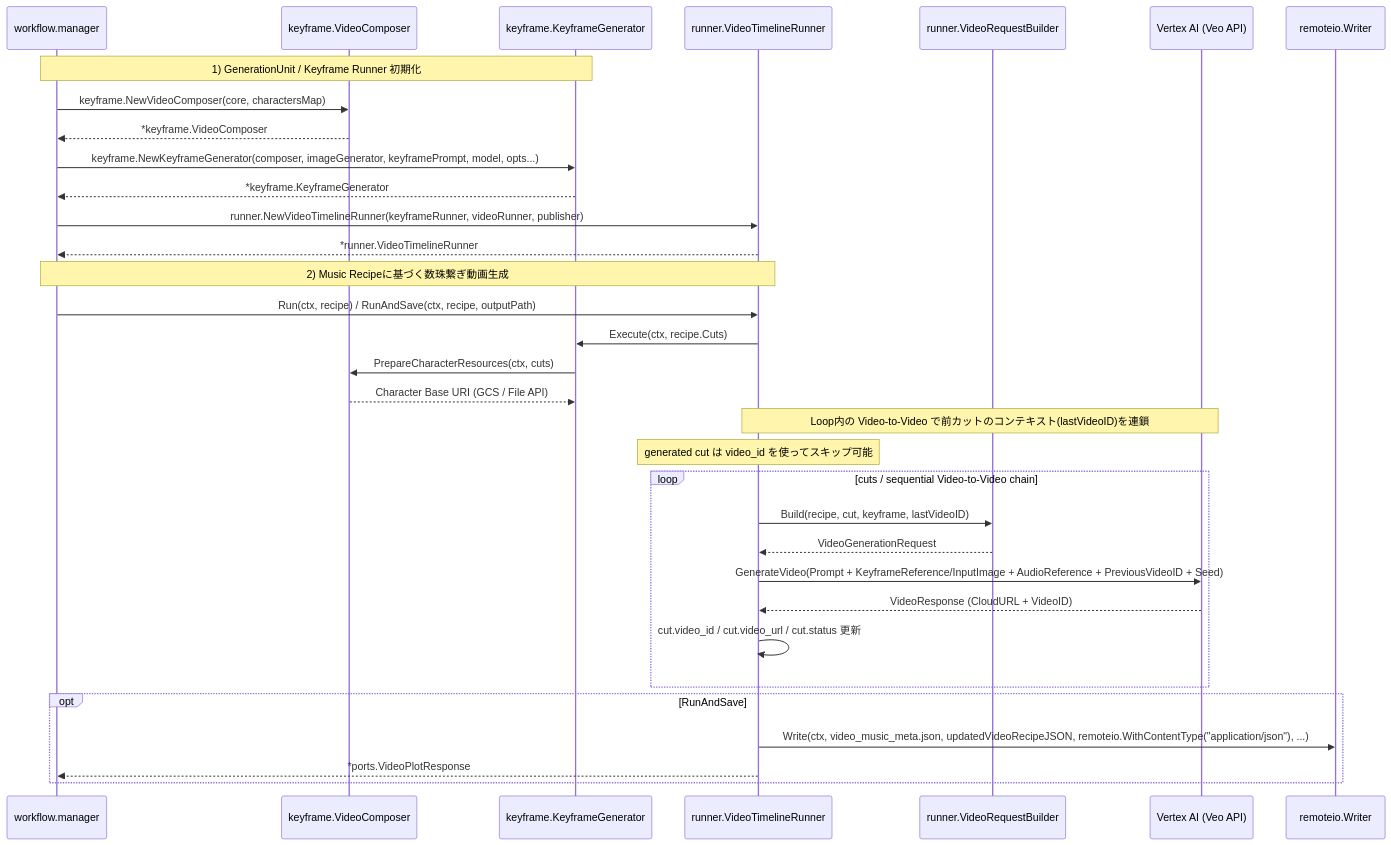
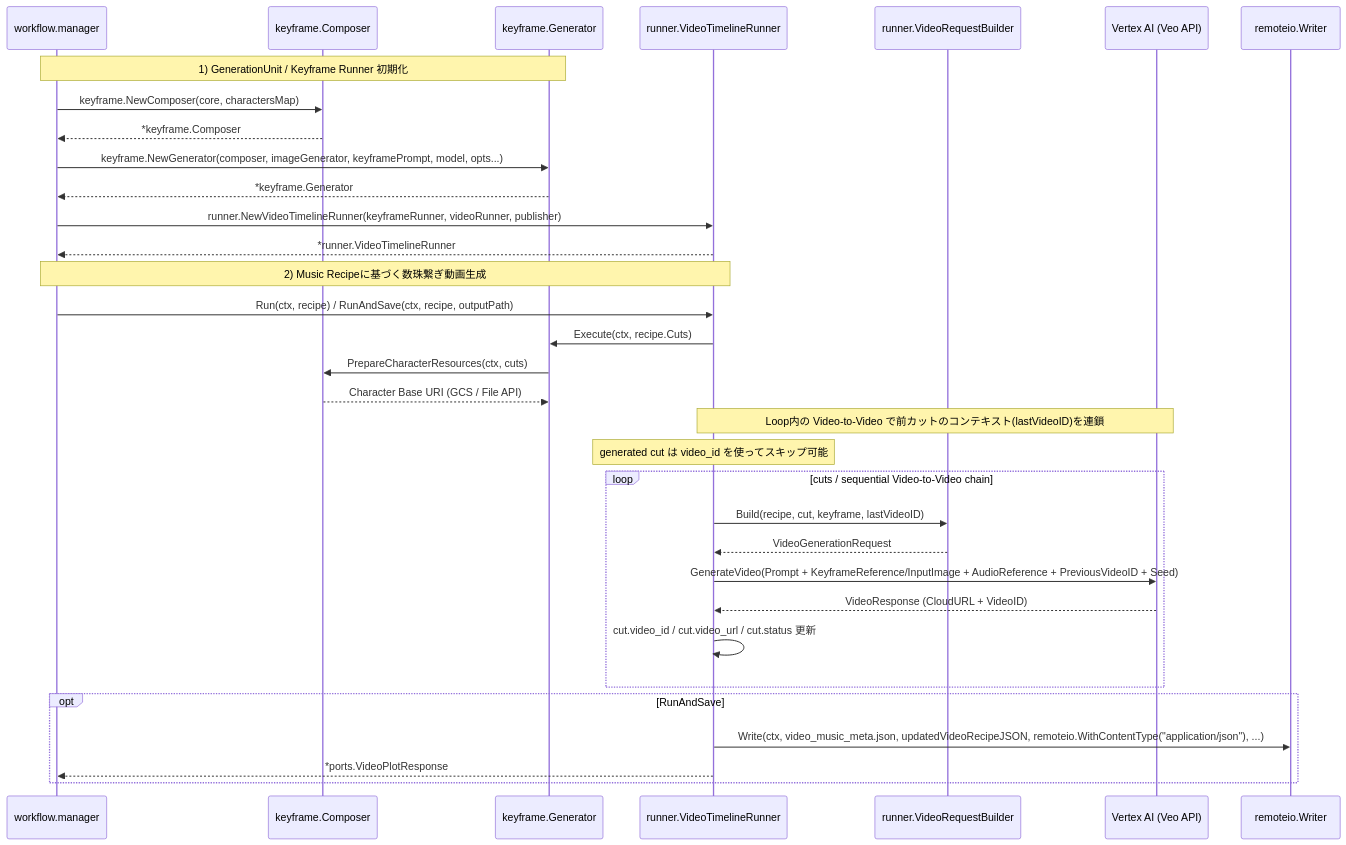
One commit to shouni/go-veo-orchestrator changed the diagram in README.md. Above: the diagram before and after it, drawn with Mermaid. The commit also changed 9 other files, not shown here.

Commit message:
Refactor `KeyframeGenerator` to `Generator`, update related types, functions, and tests for improved modularity and consistency.

````diff
--- a/README.md
+++ b/README.md
@@ -259,41 +259,41 @@
 ```mermaid
 sequenceDiagram
   participant WF as workflow.manager
-  participant Composer as keyframe.VideoComposer
-  participant KeyframeGen as keyframe.KeyframeGenerator
+  participant Composer as keyframe.Composer
+  participant KeyframeGen as keyframe.Generator
   participant Timeline as runner.VideoTimelineRunner
   participant Builder as runner.VideoRequestBuilder
   participant VeoAPI as Vertex AI (Veo API)
   participant Writer as remoteio.Writer
 
   Note over WF,KeyframeGen: 1) GenerationUnit / Keyframe Runner 初期化
-  WF->>Composer: keyframe.NewVideoComposer(core, charactersMap)
-  Composer-->>WF: *keyframe.VideoComposer
-  WF->>KeyframeGen: keyframe.NewKeyframeGenerator(composer, imageGenerator, keyframePrompt, model, opts...)
-  KeyframeGen-->>WF: *keyframe.KeyframeGenerator
+  WF->>Composer: keyframe.NewComposer(core, charactersMap)
+  Composer-->>WF: *keyframe.Composer
+  WF->>KeyframeGen: keyframe.NewGenerator(composer, imageGenerator, keyframePrompt, model, opts...)
+  KeyframeGen-->>WF: *keyframe.Generator
   WF->>Timeline: runner.NewVideoTimelineRunner(keyframeRunner, videoRunner, publisher)
   Timeline-->>WF: *runner.VideoTimelineRunner
 
   Note over WF,Timeline: 2) Music Recipeに基づく数珠繋ぎ動画生成
   WF->>Timeline: Run(ctx, recipe) / RunAndSave(ctx, recipe, outputPath)
   Timeline->>KeyframeGen: Execute(ctx, recipe.Cuts)
   KeyframeGen->>Composer: PrepareCharacterResources(ctx, cuts)
   Composer-->>KeyframeGen: Character Base URI (GCS / File API)
 
   Note over Timeline,VeoAPI: Loop内の Video-to-Video で前カットのコンテキスト(lastVideoID)を連鎖
   Note over Timeline: generated cut は video_id を使ってスキップ可能
 
   loop cuts / sequential Video-to-Video chain
     Timeline->>Builder: Build(recipe, cut, keyframe, lastVideoID)
     Builder-->>Timeline: VideoGenerationRequest
     Timeline->>VeoAPI: GenerateVideo(Prompt + KeyframeReference/InputImage + AudioReference + PreviousVideoID + Seed)
     VeoAPI-->>Timeline: VideoResponse (CloudURL + VideoID)
     Timeline->>Timeline: cut.video_id / cut.video_url / cut.status 更新
   end
 
   opt RunAndSave
     Timeline->>Writer: Write(ctx, video_music_meta.json, updatedVideoRecipeJSON, remoteio.WithContentType("application/json"), ...)
     Timeline-->>WF: *ports.VideoPlotResponse
   end
 
 ```
````
